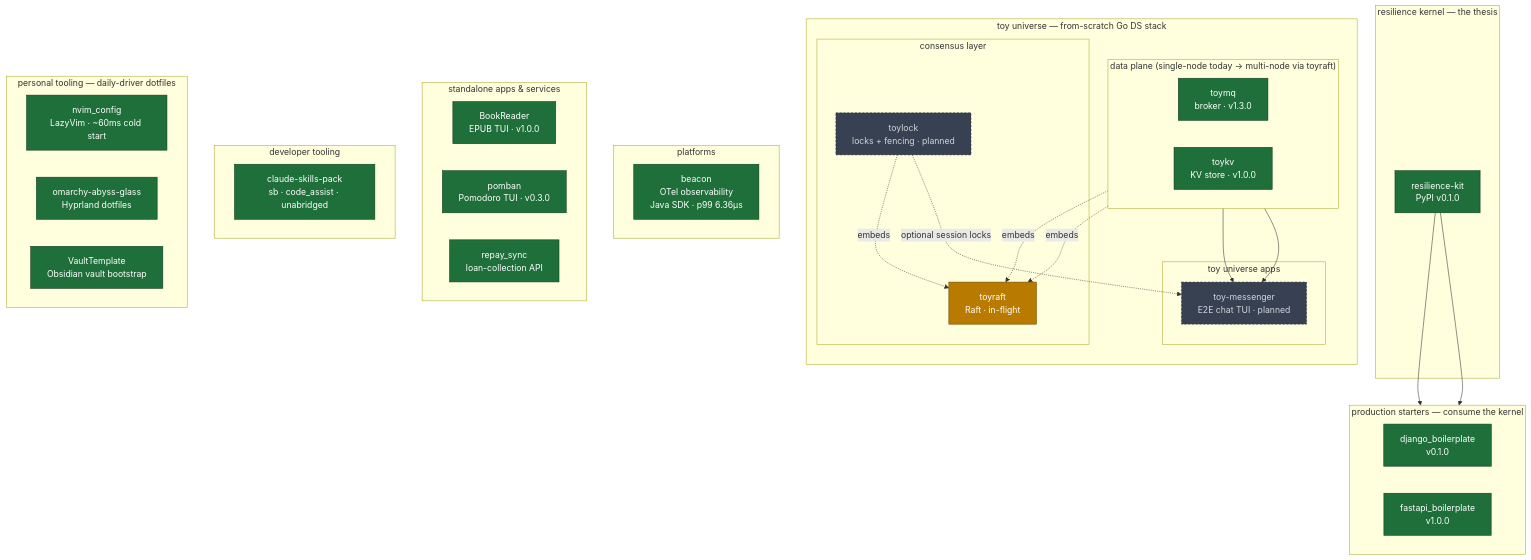
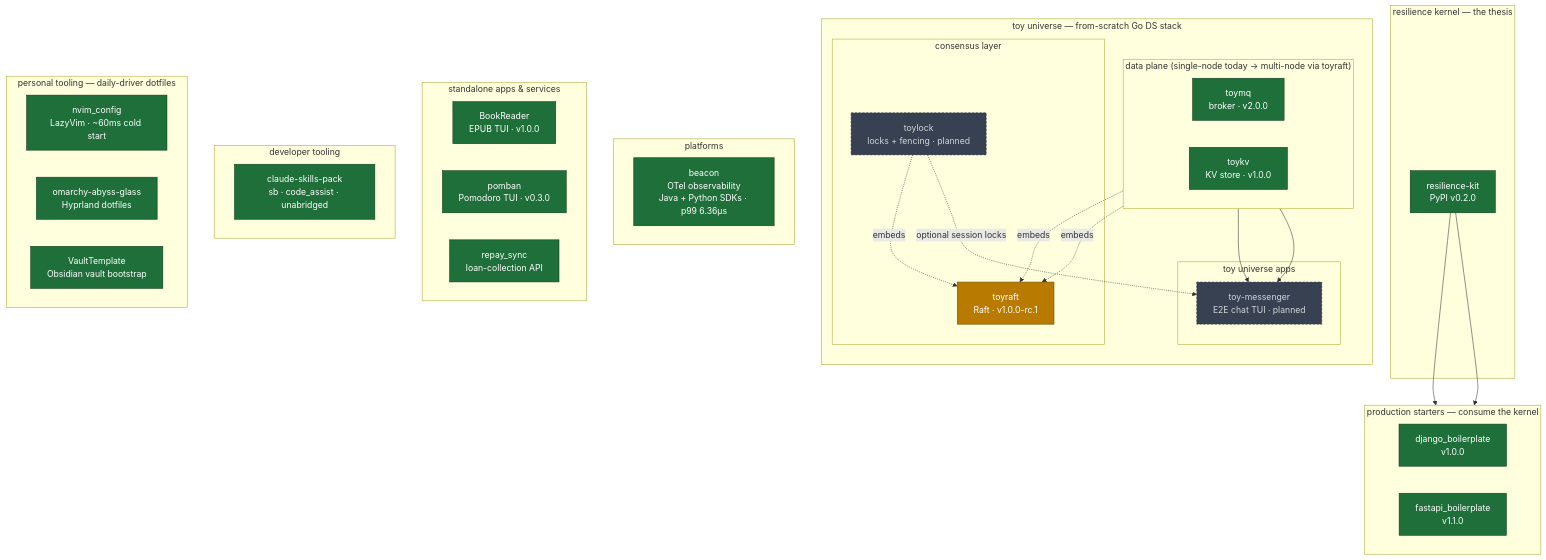
The diagram in README.md (prajwalmahajan101/prajwalmahajan101), drawn with Mermaid before and after one commit. The commit also changed other lines of this file, not shown here.

````diff
--- a/README.md
+++ b/README.md
@@ -20,68 +20,68 @@
 ```mermaid
 flowchart TB
     subgraph KERNEL["resilience kernel — the thesis"]
-        K["resilience-kit<br/>PyPI v0.1.0"]
+        K["resilience-kit<br/>PyPI v0.2.0"]
     end
 
     subgraph STARTERS["production starters — consume the kernel"]
         direction LR
-        C1["django_boilerplate<br/>v0.1.0"]
-        C2["fastapi_boilerplate<br/>v1.0.0"]
+        C1["django_boilerplate<br/>v1.0.0"]
+        C2["fastapi_boilerplate<br/>v1.1.0"]
     end
 
     subgraph TOY["toy universe — from-scratch Go DS stack"]
         direction TB
         subgraph TOY_CONSENSUS["consensus layer"]
-            P3["toyraft<br/>Raft · in-flight"]
+            P3["toyraft<br/>Raft · v1.0.0-rc.1"]
             P5["toylock<br/>locks + fencing · planned"]
         end
         subgraph TOY_DATA["data plane (single-node today → multi-node via toyraft)"]
             direction LR
-            P1["toymq<br/>broker · v1.3.0"]
+            P1["toymq<br/>broker · v2.0.0"]
             P2["toykv<br/>KV store · v1.0.0"]
         end
         subgraph TOY_APPS["toy universe apps"]
             P4["toy-messenger<br/>E2E chat TUI · planned"]
         end
     end
 
     subgraph PLATFORMS["platforms"]
-        B["beacon<br/>OTel observability<br/>Java SDK · p99 6.36µs"]
+        B["beacon<br/>OTel observability<br/>Java + Python SDKs · p99 6.36µs"]
     end
 
     subgraph STANDALONE["standalone apps & services"]
         direction LR
         A1["BookReader<br/>EPUB TUI · v1.0.0"]
         A2["pomban<br/>Pomodoro TUI · v0.3.0"]
         A3["repay_sync<br/>loan-collection API"]
     end
 
     subgraph DEVTOOLS["developer tooling"]
         T1["claude-skills-pack<br/>sb · code_assist · unabridged"]
     end
 
     subgraph PERSONAL["personal tooling — daily-driver dotfiles"]
         direction LR
         T2["nvim_config<br/>LazyVim · ~60ms cold start"]
         T3["omarchy-abyss-glass<br/>Hyprland dotfiles"]
         T4["VaultTemplate<br/>Obsidian vault bootstrap"]
     end
 
     K --> C1
     K --> C2
 
     P1 -.embeds.-> P3
     P2 -.embeds.-> P3
     P5 -.embeds.-> P3
 
     P1 --> P4
     P2 --> P4
     P5 -.optional session locks.-> P4
 
     classDef shipped fill:#1f6f3a,stroke:#0d3a1e,color:#fff;
     classDef active  fill:#b97a00,stroke:#6e4900,color:#fff;
     classDef planned fill:#374151,stroke:#1f2937,color:#d1d5db,stroke-dasharray: 4 3;
     class K,P1,P2,B,C1,C2,A1,A2,A3,T1,T2,T3,T4 shipped;
     class P3 active;
     class P4,P5 planned;
 ```
````
